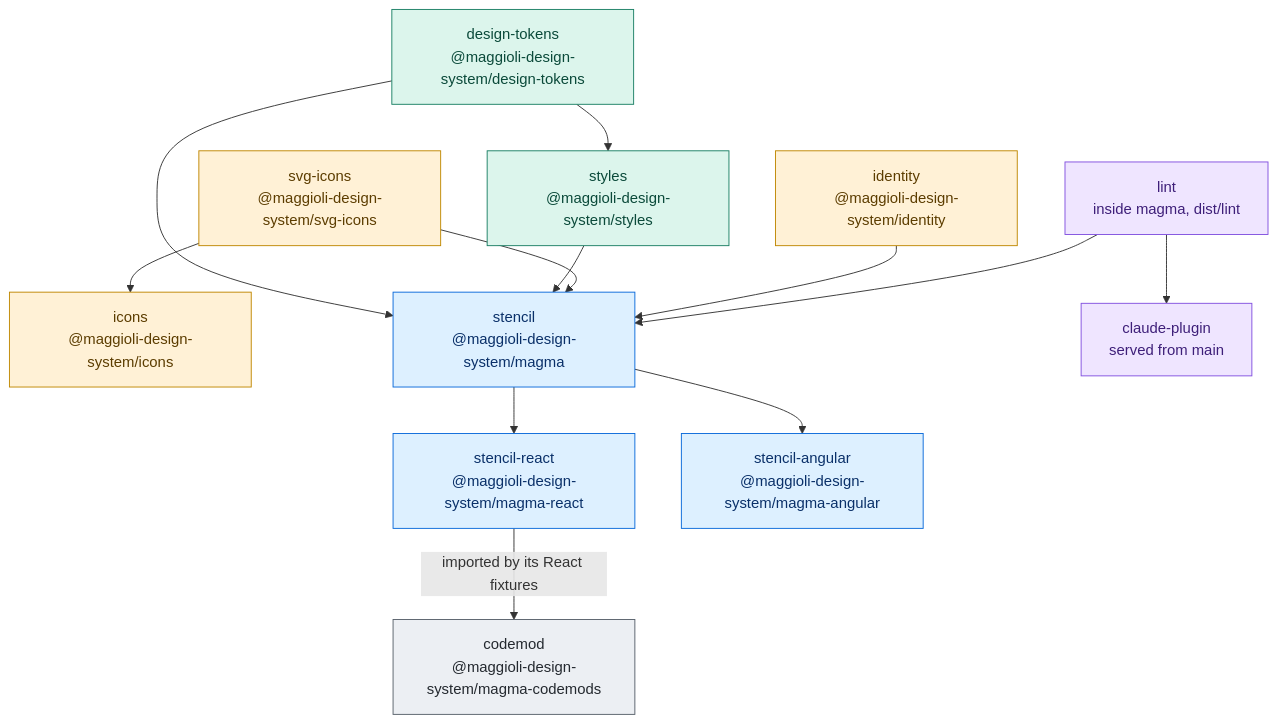
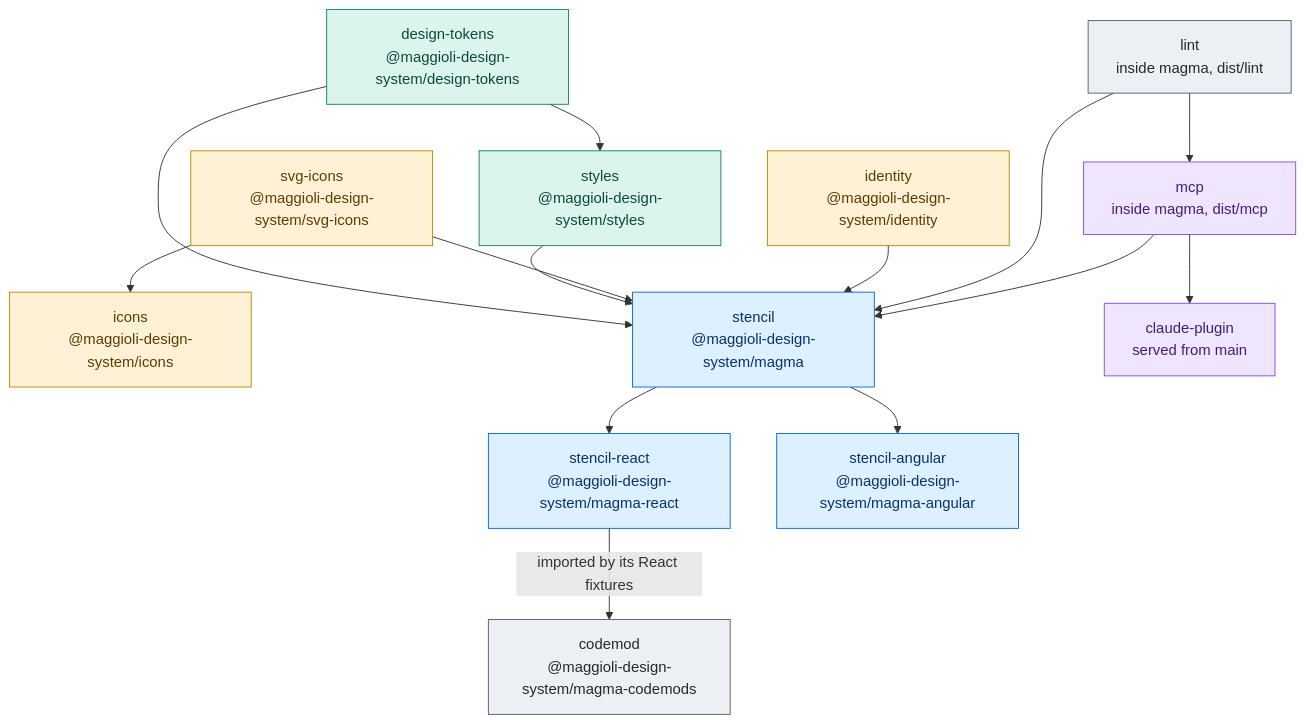
Before and after one commit to magma-design-system/magma: the first of 2 diagrams in docs/ARCHITECTURE.md, drawn with Mermaid. The commit also changed other lines of this file and 14 other files, not shown here.

First line of the commit message:
docs(mcp): the README of mcp, apart from the one of lint

````diff
--- a/docs/ARCHITECTURE.md
+++ b/docs/ARCHITECTURE.md
@@ -7,38 +7,41 @@
 ```mermaid
 graph TD
   DT["design-tokens<br/>@maggioli-design-system/design-tokens"]
   ID["identity<br/>@maggioli-design-system/identity"]
   SI["svg-icons<br/>@maggioli-design-system/svg-icons"]
   IC["icons<br/>@maggioli-design-system/icons"]
   ST["styles<br/>@maggioli-design-system/styles"]
   LINT["lint<br/>inside magma, dist/lint"]
+  MCP["mcp<br/>inside magma, dist/mcp"]
   WC["stencil<br/>@maggioli-design-system/magma"]
   RE["stencil-react<br/>@maggioli-design-system/magma-react"]
   AN["stencil-angular<br/>@maggioli-design-system/magma-angular"]
   CM["codemod<br/>@maggioli-design-system/magma-codemods"]
   CP["claude-plugin<br/>served from main"]
 
   DT --> ST
   DT --> WC
   ST --> WC
   SI --> WC
   SI --> IC
   ID --> WC
   LINT --> WC
-  LINT --> CP
+  LINT --> MCP
+  MCP --> WC
+  MCP --> CP
   WC --> RE
   WC --> AN
   RE -->|"imported by its React fixtures"| CM
-  class LINT,CP ai
+  class MCP,CP ai
   class ID,SI,IC assets
   class DT,ST visual
   class WC,RE,AN components
-  class CM tooling
+  class LINT,CM tooling
   classDef ai fill:#efe5ff,stroke:#8250df,color:#3e1f79
   classDef assets fill:#fff1d6,stroke:#bf8700,color:#5c3d00
   classDef visual fill:#dcf5ec,stroke:#1a7f64,color:#0b4a3a
   classDef components fill:#ddf0ff,stroke:#0969da,color:#0a3069
   classDef tooling fill:#eceff3,stroke:#57606a,color:#24292f
   classDef outside fill:#ffffff,stroke:#8c959f,color:#24292f
   classDef area fill:none,stroke:#8c959f
 ```
````
